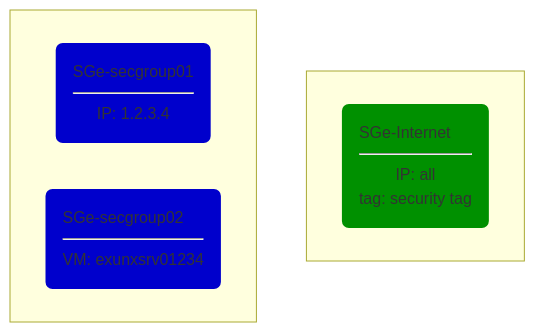
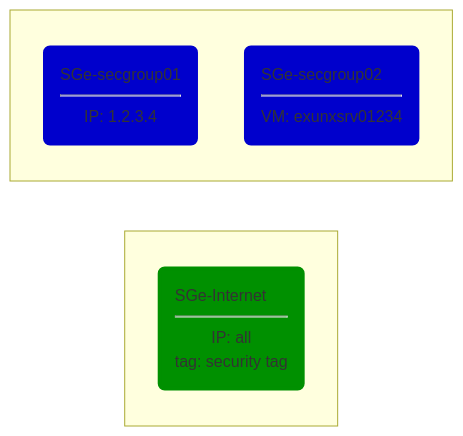
The second of 4 diagrams in mermaid.md (tbomberg/drawing), drawn with Mermaid before and after one commit.

````diff
--- a/mermaid.md
+++ b/mermaid.md
@@ -16,15 +16,15 @@
 ```mermaid
-graph TB;
+graph LR;
   classDef sgi fill:#0000cc,stroke:#0000cc,stroke-width:4px,text-align:left
   classDef sge fill:#009000,stroke:#009000,stroke-width:4px,text-align:left
 
   subgraph " "
     SGe-Internet(SGe-Internet<hr>IP: all<br>tag: security tag):::sge
   end
 
   subgraph " " 
     SGi-secgroup01(SGe-secgroup01<hr>IP: 1.2.3.4):::sgi
     SGi-secgroup02(SGe-secgroup02<hr>VM: exunxsrv01234):::sgi
   end
 
 ```
````
